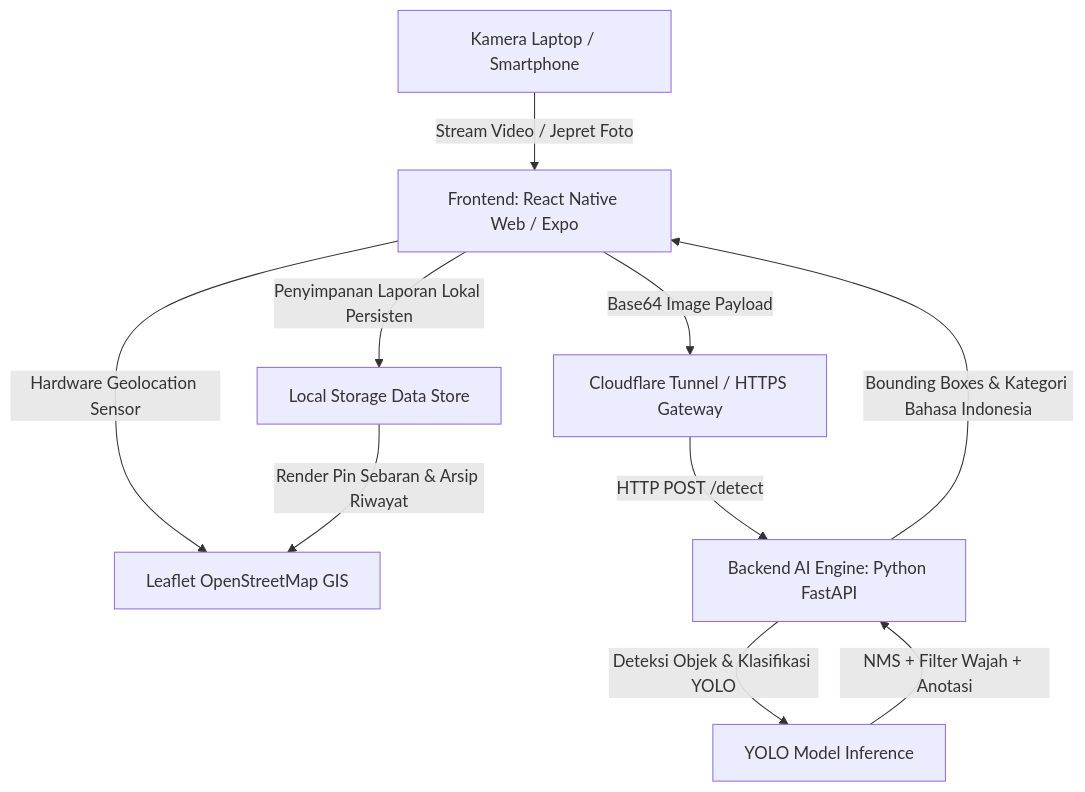
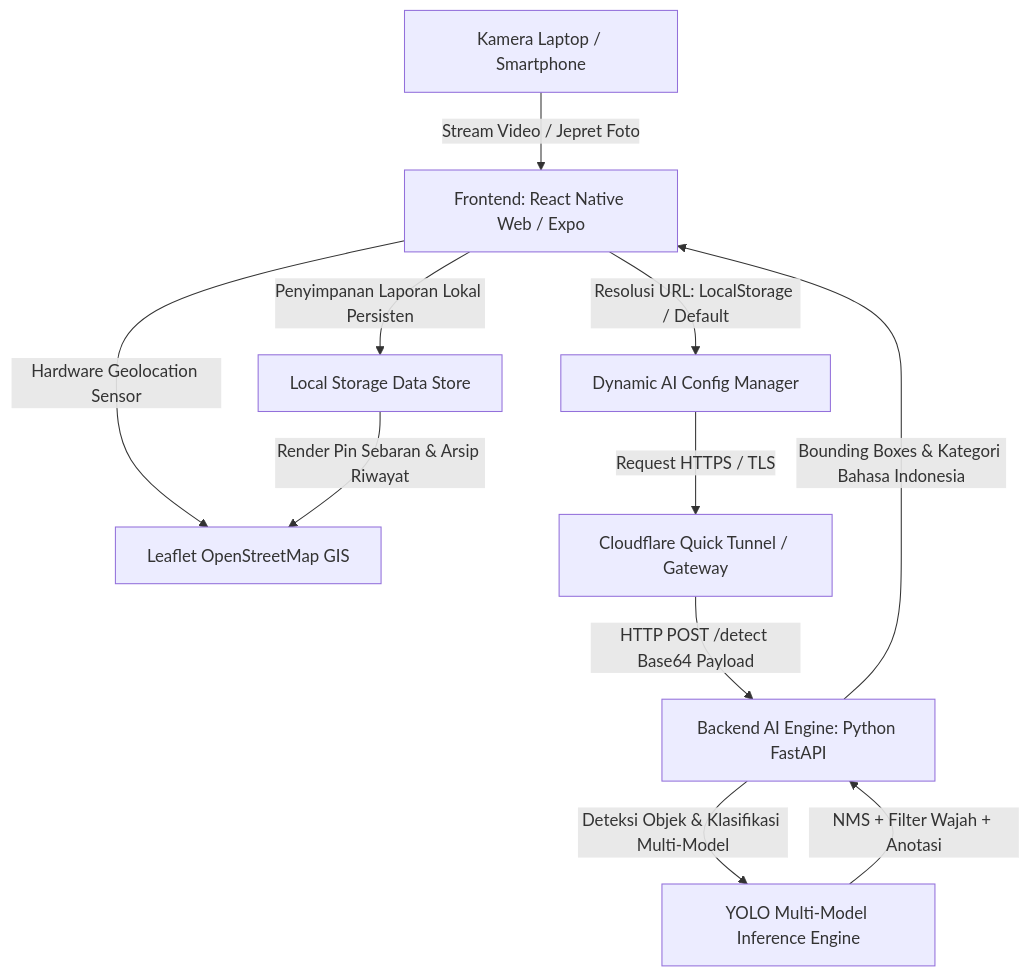
Before and after one commit to franswaas/spotbersih: the diagram in docs/SYSTEM_ARCHITECTURE.md, drawn with Mermaid. The commit also changed other lines of this file and 3 other files, not shown here.

Commit message:
docs: update README and technical documentation with dynamic AI server configuration and tunnel guides

````diff
--- a/docs/SYSTEM_ARCHITECTURE.md
+++ b/docs/SYSTEM_ARCHITECTURE.md
@@ -14,12 +14,13 @@
 ```mermaid
 graph TD
     A[Kamera Laptop / Smartphone] -->|Stream Video / Jepret Foto| B[Frontend: React Native Web / Expo]
     B -->|Hardware Geolocation Sensor| C[Leaflet OpenStreetMap GIS]
-    B -->|Base64 Image Payload| D[Cloudflare Tunnel / HTTPS Gateway]
-    D -->|HTTP POST /detect| E[Backend AI Engine: Python FastAPI]
-    E -->|Deteksi Objek & Klasifikasi YOLO| F[YOLO Model Inference]
-    F -->|NMS + Filter Wajah + Anotasi| E
-    E -->|Bounding Boxes & Kategori Bahasa Indonesia| B
-    B -->|Penyimpanan Laporan Lokal Persisten| G[Local Storage Data Store]
-    G -->|Render Pin Sebaran & Arsip Riwayat| C
+    B -->|Resolusi URL: LocalStorage / Default| D[Dynamic AI Config Manager]
+    D -->|Request HTTPS / TLS| E[Cloudflare Quick Tunnel / Gateway]
+    E -->|HTTP POST /detect Base64 Payload| F[Backend AI Engine: Python FastAPI]
+    F -->|Deteksi Objek & Klasifikasi Multi-Model| G[YOLO Multi-Model Inference Engine]
+    G -->|NMS + Filter Wajah + Anotasi| F
+    F -->|Bounding Boxes & Kategori Bahasa Indonesia| B
+    B -->|Penyimpanan Laporan Lokal Persisten| H[Local Storage Data Store]
+    H -->|Render Pin Sebaran & Arsip Riwayat| C
 ```
````
